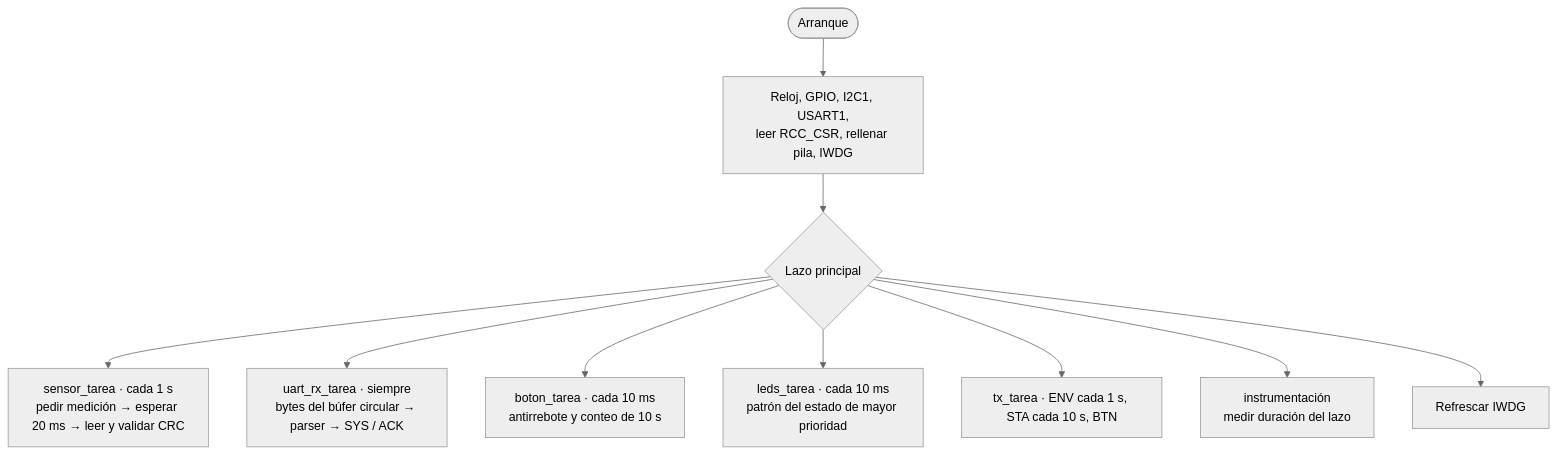
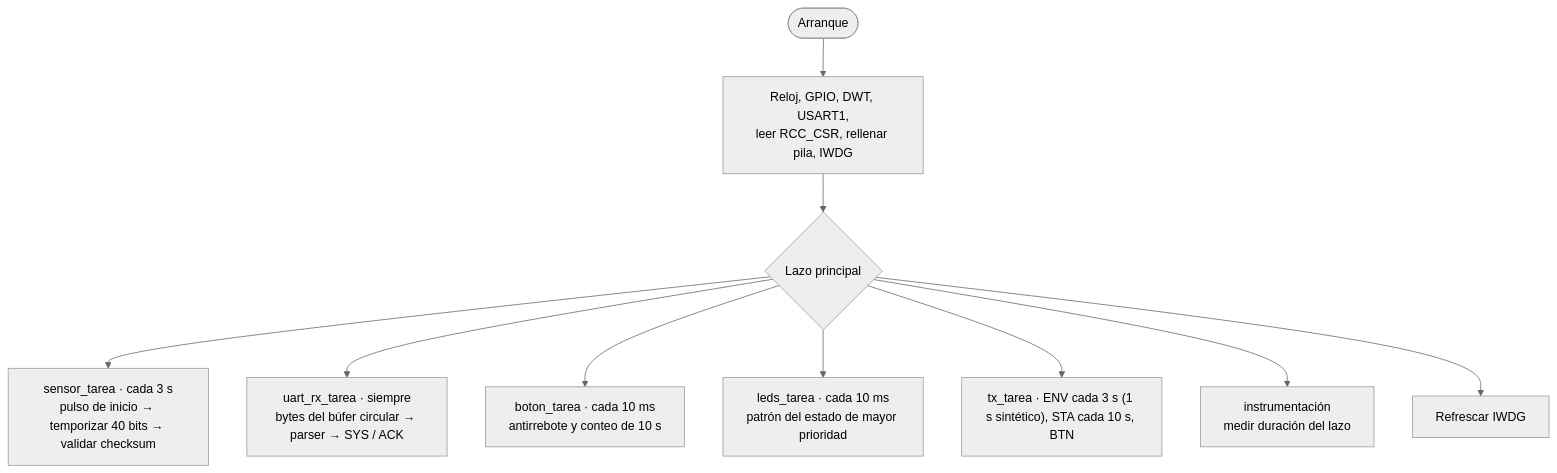
Before and after one commit to anhenaobe/smart-environmental-monitoring-system: the third of 9 diagrams in docs/arquitectura.md, drawn with Mermaid (neutral theme). The commit also changed other lines of this file and 21 other files, not shown here.

````diff
--- a/docs/arquitectura.md
+++ b/docs/arquitectura.md
@@ -106,12 +105,12 @@
 ```mermaid
 flowchart TB
-    START([Arranque]) --> INIT["Reloj, GPIO, I2C1, USART1,<br/>leer RCC_CSR, rellenar pila, IWDG"]
+    START([Arranque]) --> INIT["Reloj, GPIO, DWT, USART1,<br/>leer RCC_CSR, rellenar pila, IWDG"]
     INIT --> LOOP{Lazo principal}
-    LOOP --> T1["sensor_tarea · cada 1 s<br/>pedir medición → esperar 20 ms → leer y validar CRC"]
+    LOOP --> T1["sensor_tarea · cada 3 s<br/>pulso de inicio → temporizar 40 bits → validar checksum"]
     LOOP --> T2["uart_rx_tarea · siempre<br/>bytes del búfer circular → parser → SYS / ACK"]
     LOOP --> T3["boton_tarea · cada 10 ms<br/>antirrebote y conteo de 10 s"]
     LOOP --> T4["leds_tarea · cada 10 ms<br/>patrón del estado de mayor prioridad"]
-    LOOP --> T5["tx_tarea · ENV cada 1 s, STA cada 10 s, BTN"]
+    LOOP --> T5["tx_tarea · ENV cada 3 s (1 s sintético), STA cada 10 s, BTN"]
     LOOP --> T6["instrumentación<br/>medir duración del lazo"]
     LOOP --> WD["Refrescar IWDG"]
 ```
````
